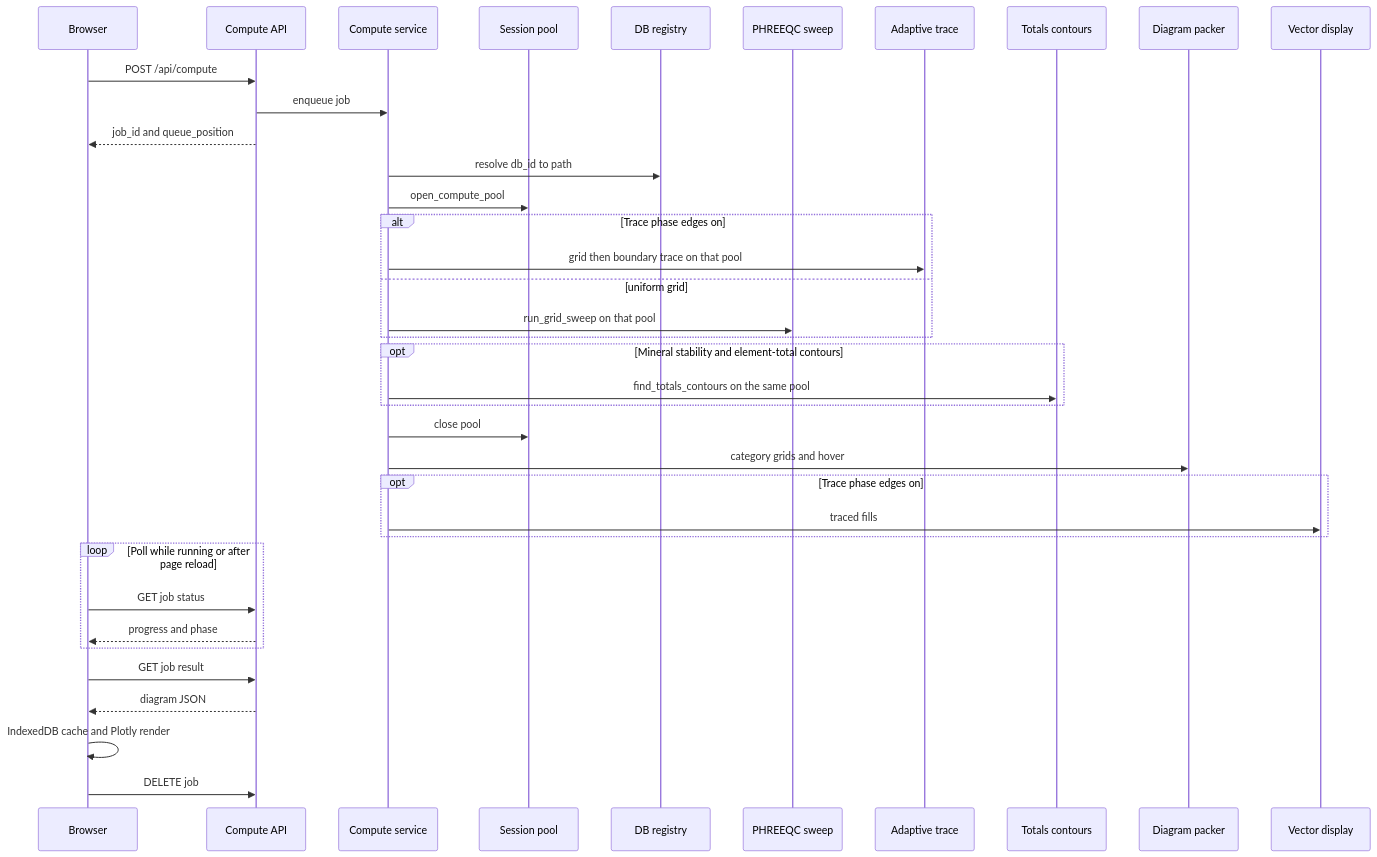
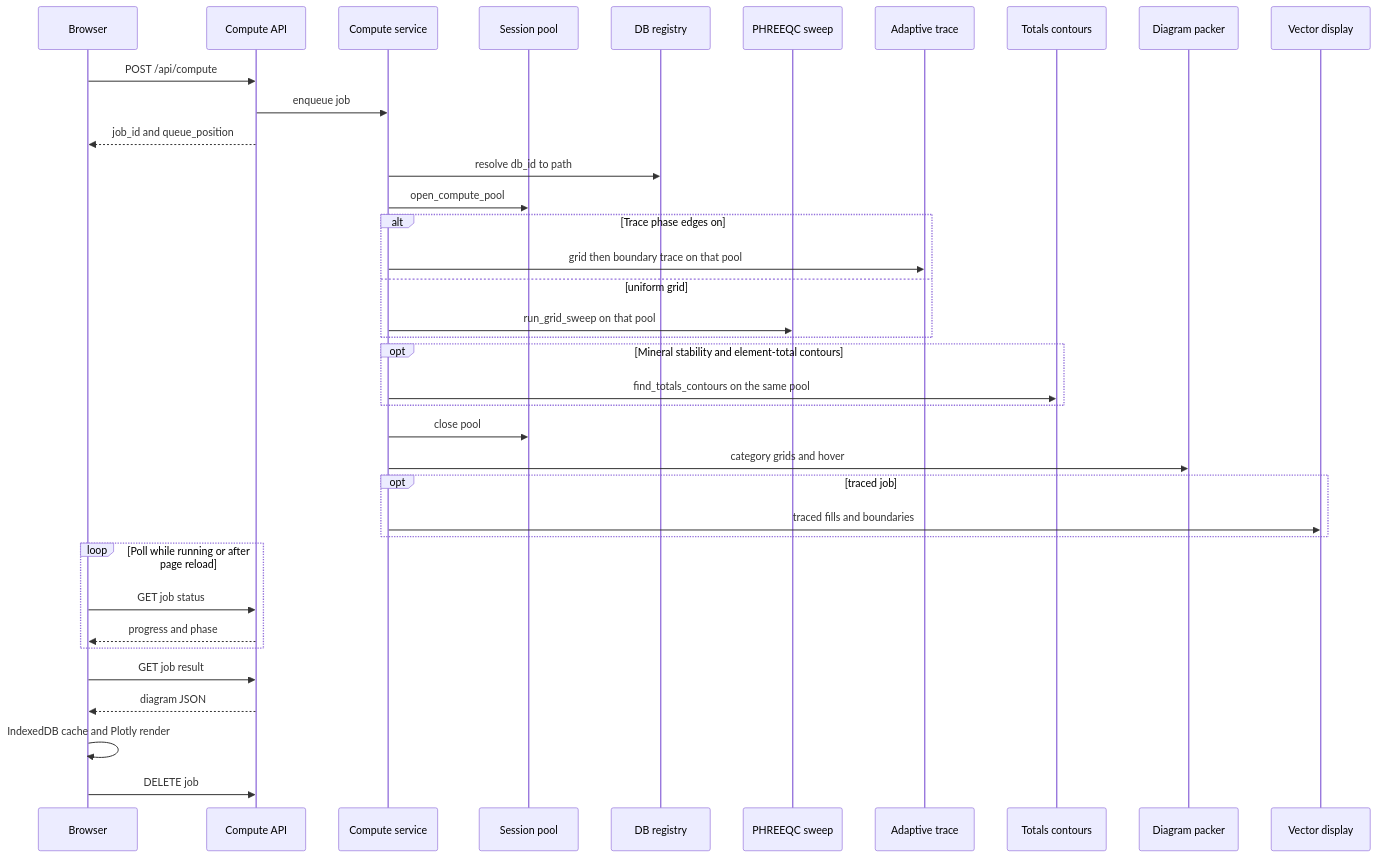
The second of 2 diagrams in README.md (Matteo-Loche/Phaser), drawn with Mermaid before and after one commit. The commit also changed other lines of this file, not shown here.

Commit message:
Add resample_trace to README and update diagram flowchart and repo overview order

````diff
--- a/README.md
+++ b/README.md
@@ -1213,40 +1216,40 @@
 ```mermaid
 sequenceDiagram
     participant UI as Browser
     participant API as Compute API
     participant Job as Compute service
     participant Pool as Session pool
     participant Reg as DB registry
     participant Sw as PHREEQC sweep
     participant Ad as Adaptive trace
     participant TC as Totals contours
     participant Pack as Diagram packer
     participant Vec as Vector display
 
     UI->>API: POST /api/compute
     API->>Job: enqueue job
     API-->>UI: job_id and queue_position
     Job->>Reg: resolve db_id to path
     Job->>Pool: open_compute_pool
     alt Trace phase edges on
         Job->>Ad: grid then boundary trace on that pool
     else uniform grid
         Job->>Sw: run_grid_sweep on that pool
     end
     opt Mineral stability and element-total contours
         Job->>TC: find_totals_contours on the same pool
     end
     Job->>Pool: close pool
     Job->>Pack: category grids and hover
-    opt Trace phase edges on
-        Job->>Vec: traced fills
+    opt traced job
+        Job->>Vec: traced fills and boundaries
     end
     loop Poll while running or after page reload
         UI->>API: GET job status
         API-->>UI: progress and phase
     end
     UI->>API: GET job result
     API-->>UI: diagram JSON
     UI->>UI: IndexedDB cache and Plotly render
     UI->>API: DELETE job
 ```
````
